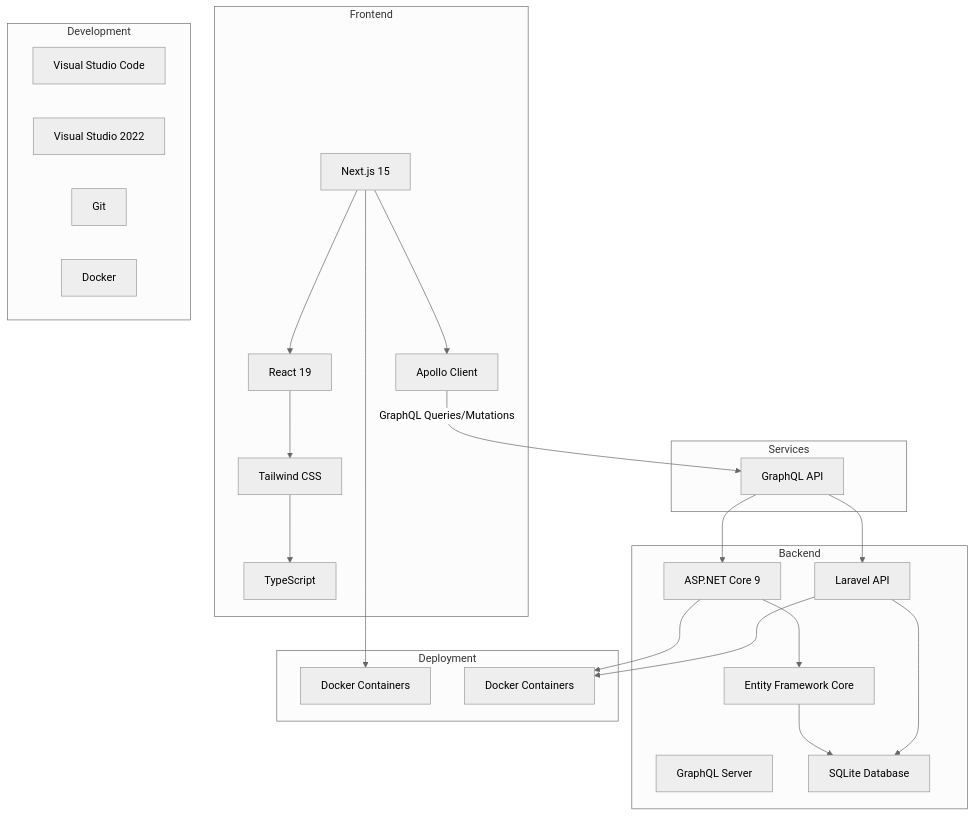
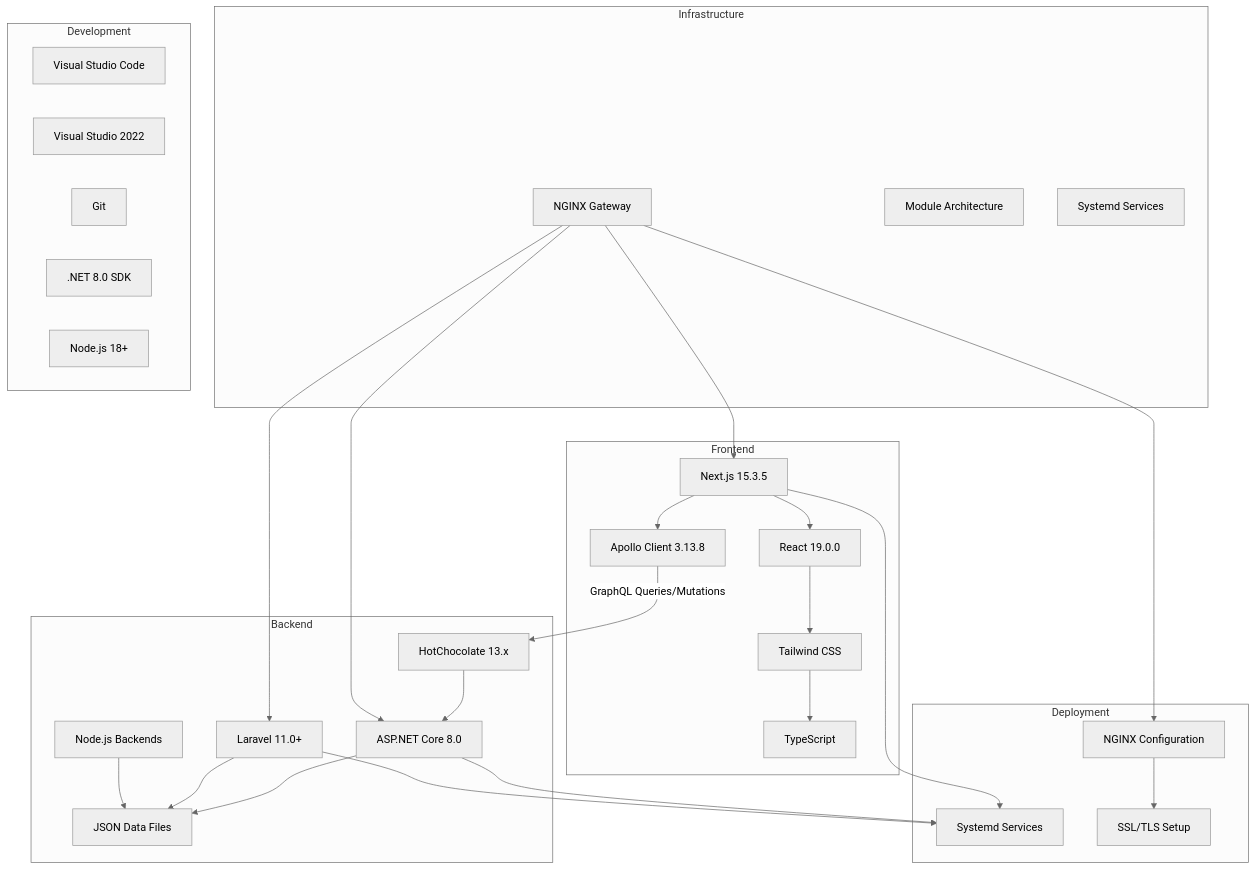
Before and after one commit to ErikVeland/GlassCodeAcademy: the diagram in docs/TECH_STACK.md, drawn with Mermaid (neutral theme). The commit also changed other lines of this file and 167 other files, not shown here.

````diff
--- a/docs/TECH_STACK.md
+++ b/docs/TECH_STACK.md
@@ -7,44 +7,52 @@
 ```mermaid
 graph TB
     subgraph Frontend
-        A[Next.js 15] --> B[React 19]
+        A[Next.js 15.3.5] --> B[React 19.0.0]
         B --> C[Tailwind CSS]
         C --> D[TypeScript]
-        A --> E[Apollo Client]
+        A --> E[Apollo Client 3.13.8]
     end
 
     subgraph Backend
-        F[ASP.NET Core 9]
-        G[Entity Framework Core]
-        H[GraphQL Server]
-        I[Laravel API]
-        J[SQLite Database]
+        F[ASP.NET Core 8.0]
+        G[HotChocolate 13.x]
+        H[Laravel 11.0+]
+        I[Node.js Backends]
+        J[JSON Data Files]
     end
 
-    subgraph Services
-        K[GraphQL API]
+    subgraph Infrastructure
+        K[NGINX Gateway]
+        L[Module Architecture]
+        M[Systemd Services]
     end
 
-    E -- GraphQL Queries/Mutations --> K
+    E -- GraphQL Queries/Mutations --> G
+    G --> F
+    F --> J
+    H --> J
+    I --> J
+    K --> A
     K --> F
-    K --> I
-    F --> G
-    G --> J
-    I --> J
+    K --> H
 
     subgraph Development
-        L[Visual Studio Code]
-        M[Visual Studio 2022]
-        N[Git]
-        O[Docker]
+        N[Visual Studio Code]
+        O[Visual Studio 2022]
+        P[Git]
+        Q[.NET 8.0 SDK]
+        R[Node.js 18+]
     end
 
     subgraph Deployment
-        P[Docker Containers]
-        Q[Docker Containers]
+        S[Systemd Services]
+        T[NGINX Configuration]
+        U[SSL/TLS Setup]
     end
 
-    A --> P
-    F --> Q
-    I --> Q
+    A --> S
+    F --> S
+    H --> S
+    K --> T
+    T --> U
 ```
````
